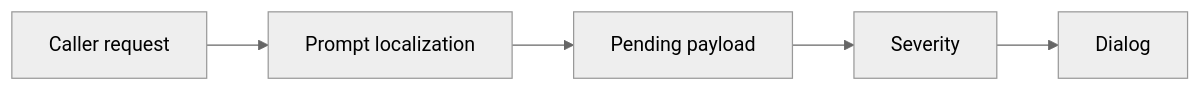
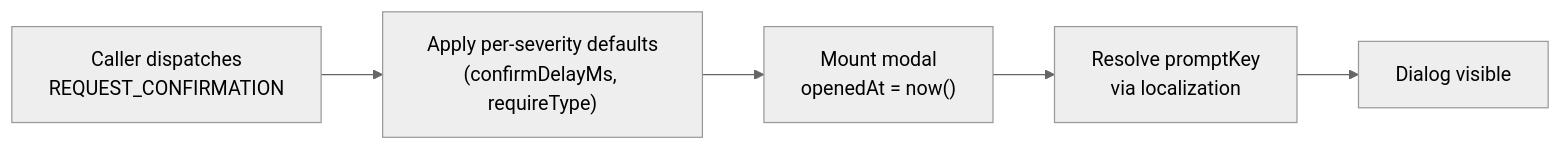
Before and after one commit to SunaNoOshiro/Heroes_Reforged_AI_Realms: the second of 6 diagrams in docs/architecture/wiki/screens/60-confirmation-dialog/architecture.md, drawn with Mermaid (neutral theme). The commit also changed other lines of this file and 518 other files, not shown here.

First line of the commit message:
Add doc-audit skill and sweep architecture/screen docs

````diff
--- a/docs/architecture/wiki/screens/60-confirmation-dialog/architecture.md
+++ b/docs/architecture/wiki/screens/60-confirmation-dialog/architecture.md
@@ -30,8 +36,8 @@
 ```mermaid
 flowchart LR
-  L0["Caller request"] --> L1
-  L1["Prompt localization"] --> L2
-  L2["Pending payload"] --> L3
-  L3["Severity"] --> L4
-  L4["Dialog"]
+  L0["Caller dispatches<br/>REQUEST_CONFIRMATION"] --> L1
+  L1["Apply per-severity defaults<br/>(confirmDelayMs, requireType)"] --> L2
+  L2["Mount modal<br/>openedAt = now()"] --> L3
+  L3["Resolve promptKey<br/>via localization"] --> L4
+  L4["Dialog visible"]
 ```
````
